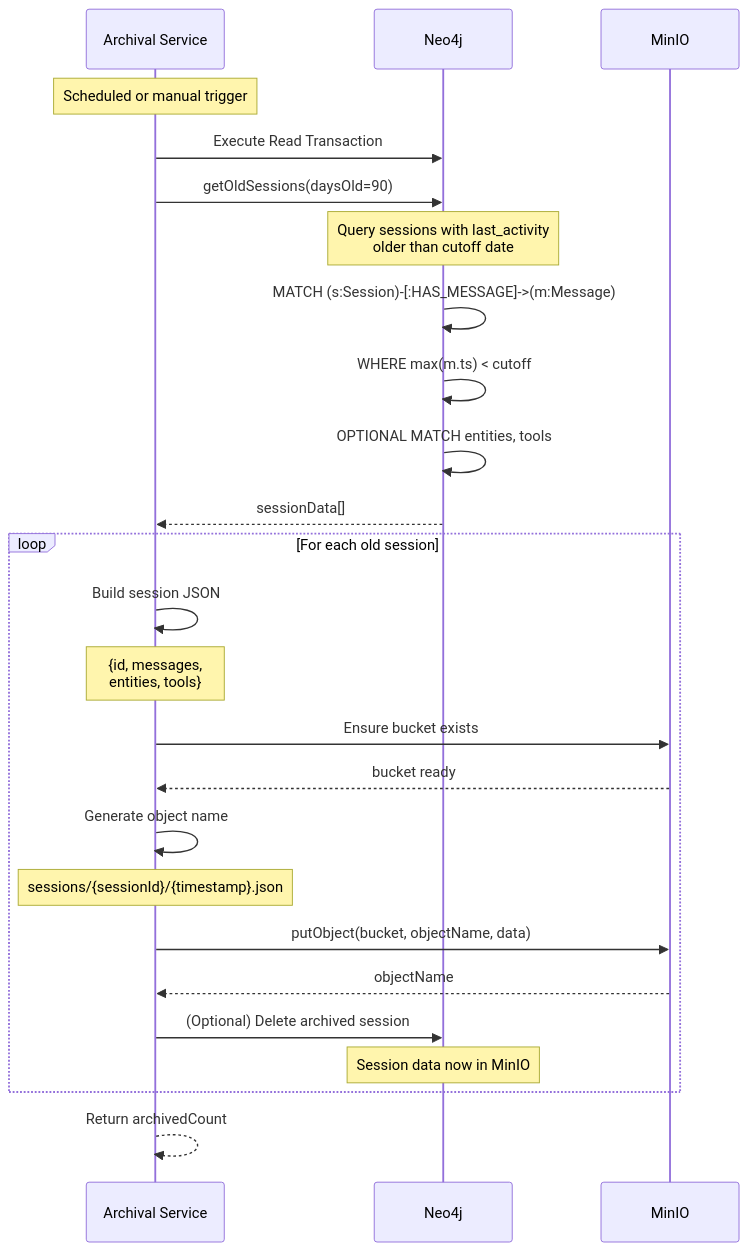
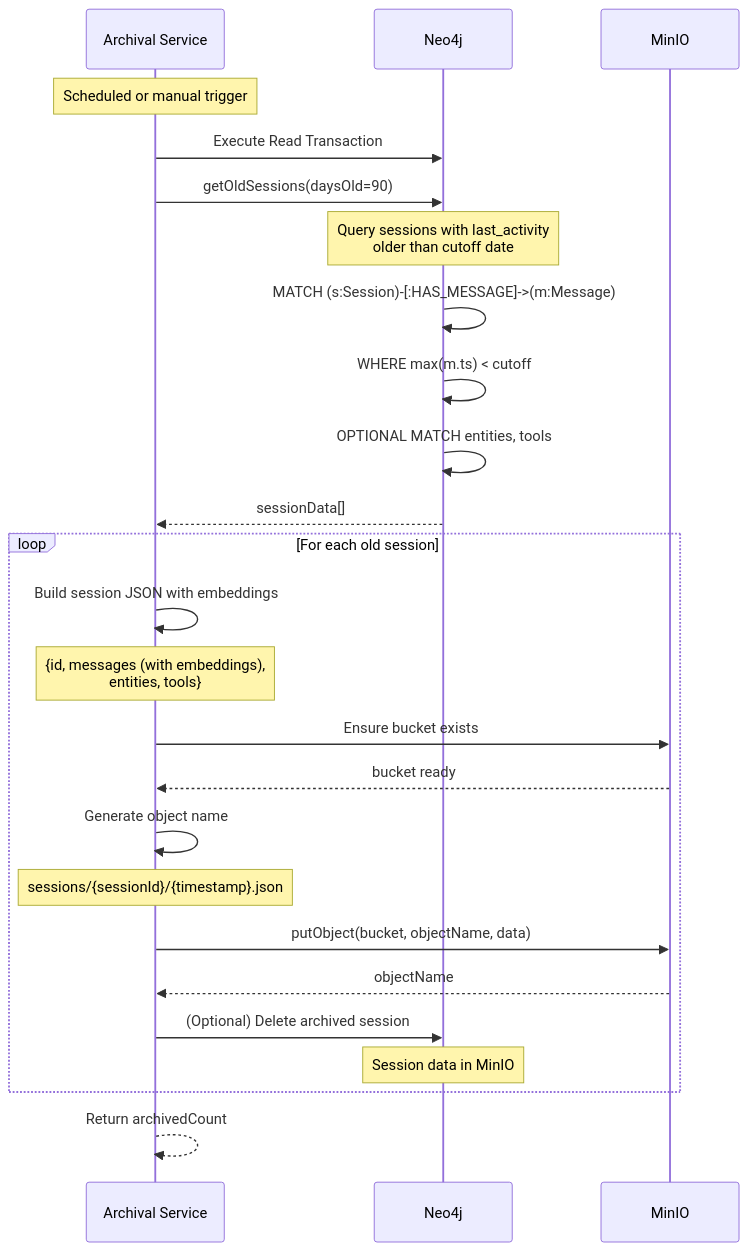
One commit to gary-alway/cognia-agent-memory changed the diagram in docs/sequences-archival.md. Above: the diagram before and after it, drawn with Mermaid. The commit also changed other lines of this file and 6 other files, not shown here.

````diff
--- a/docs/sequences-archival.md
+++ b/docs/sequences-archival.md
@@ -7,37 +7,37 @@
 ```mermaid
 sequenceDiagram
     participant ArchivalService as Archival Service
     participant Neo4j
     participant MinIO
 
     Note over ArchivalService: Scheduled or manual trigger
-    
+
     ArchivalService->>Neo4j: Execute Read Transaction
     ArchivalService->>Neo4j: getOldSessions(daysOld=90)
-    
+
     Note over Neo4j: Query sessions with last_activity<br/>older than cutoff date
-    
+
     Neo4j->>Neo4j: MATCH (s:Session)-[:HAS_MESSAGE]->(m:Message)
     Neo4j->>Neo4j: WHERE max(m.ts) < cutoff
     Neo4j->>Neo4j: OPTIONAL MATCH entities, tools
     Neo4j-->>ArchivalService: sessionData[]
-    
+
     loop For each old session
-        ArchivalService->>ArchivalService: Build session JSON
-        Note over ArchivalService: {id, messages,<br/>entities, tools}
-        
+        ArchivalService->>ArchivalService: Build session JSON with embeddings
+        Note over ArchivalService: {id, messages (with embeddings),<br/>entities, tools}
+
         ArchivalService->>MinIO: Ensure bucket exists
         MinIO-->>ArchivalService: bucket ready
-        
+
         ArchivalService->>ArchivalService: Generate object name
         Note over ArchivalService: sessions/{sessionId}/{timestamp}.json
-        
+
         ArchivalService->>MinIO: putObject(bucket, objectName, data)
         MinIO-->>ArchivalService: objectName
-        
+
         ArchivalService->>Neo4j: (Optional) Delete archived session
-        Note over Neo4j: Session data now in MinIO
+        Note over Neo4j: Session data in MinIO
     end
-    
+
     ArchivalService-->>ArchivalService: Return archivedCount
 ```
````
